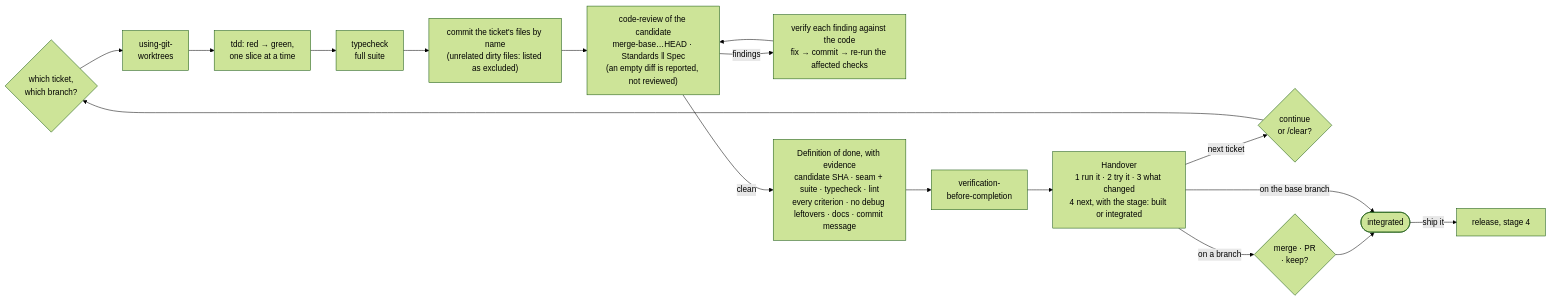
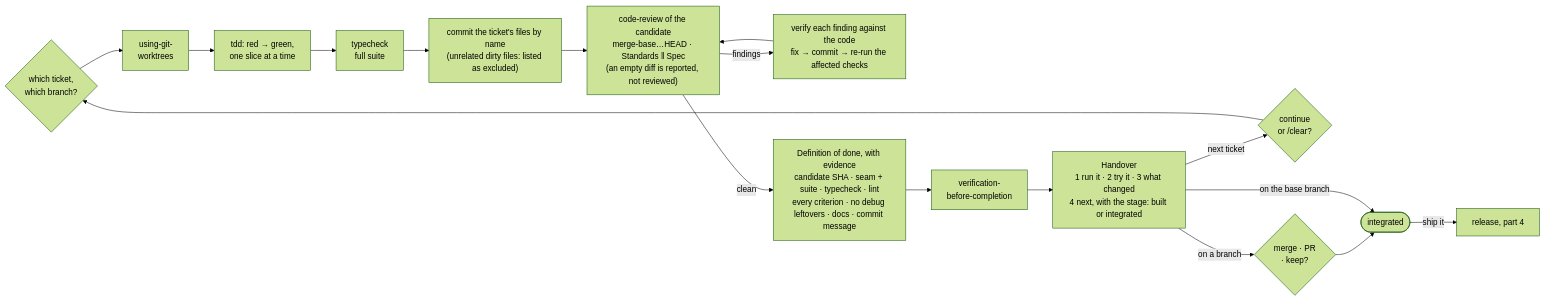
The third of 3 diagrams in README.md (gabriel-tutor/my-workflow-agent-skills), drawn with Mermaid (forest theme) before and after one commit. The commit also changed other lines of this file and 6 other files, not shown here.

````diff
--- a/README.md
+++ b/README.md
@@ -89,16 +89,16 @@
 ```mermaid
 flowchart LR
     I{which ticket,<br/>which branch?} --> WT["using-git-<br/>worktrees"]
     WT --> RG["tdd: red → green,<br/>one slice at a time"]
     RG --> CHK["typecheck<br/>full suite"]
     CHK --> CM["commit the ticket's files by name<br/>(unrelated dirty files: listed as excluded)"]
     CM --> CR["code-review of the candidate<br/>merge-base…HEAD · Standards ‖ Spec<br/>(an empty diff is reported, not reviewed)"]
     CR -->|findings| FX["verify each finding against the code<br/>fix → commit → re-run the affected checks"] --> CR
     CR -->|clean| DOD["Definition of done, with evidence<br/>candidate SHA · seam + suite · typecheck · lint<br/>every criterion · no debug leftovers · docs · commit message"]
     DOD --> V["verification-<br/>before-completion"]
     V --> H["Handover<br/>1 run it · 2 try it · 3 what changed<br/>4 next, with the stage: built or integrated"]
     H -->|next ticket| N{continue<br/>or /clear?} --> I
     H -->|on a branch| F{merge · PR<br/>· keep?} --> M([integrated])
     H -->|on the base branch| M
-    M -->|ship it| REL["release, stage 4"]
+    M -->|ship it| REL["release, part 4"]
 ```
````
